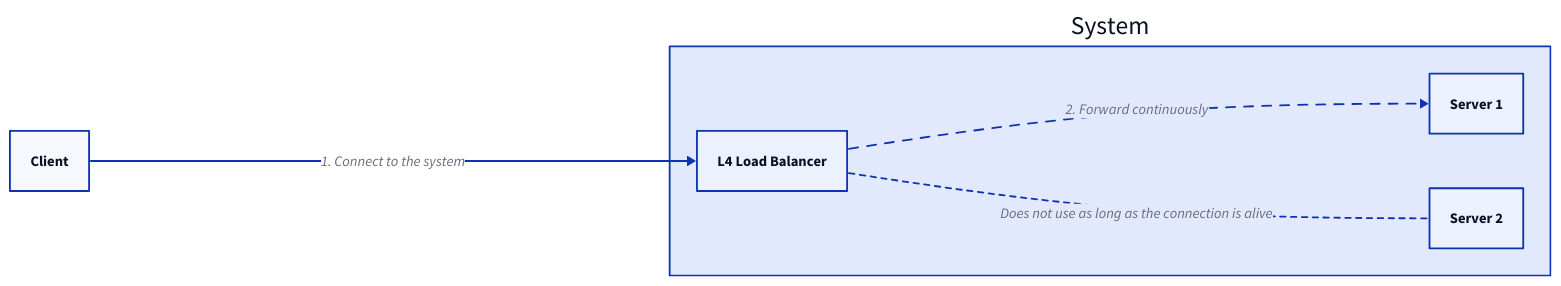
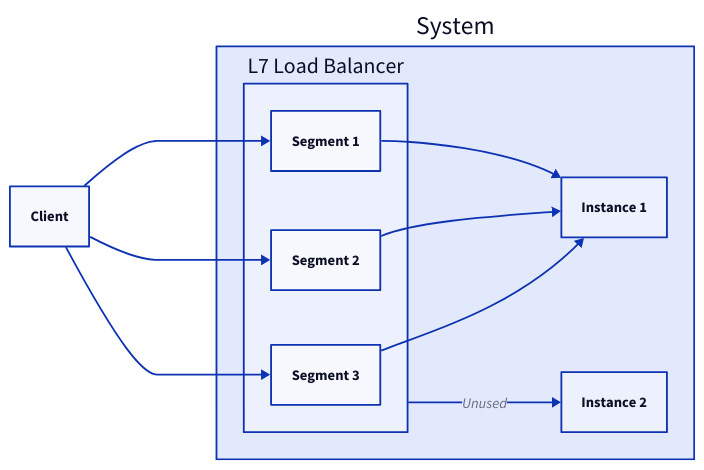
Diagram 20 of 20 in content/docs/web-service/load-balancer.md (link1905/system-design-101), drawn with D2 before and after one commit. The commit also changed other lines of this file and 14 other files, not shown here.

````diff
--- a/content/docs/web-service/load-balancer.md
+++ b/content/docs/web-service/load-balancer.md
@@ -679,25 +753,28 @@
 ```d2
-
 direction: right
 s: System {
-    lb: L4 Load Balancer {
-        class: lb
+    lb: L7 Load Balancer {
+      s1: Segment 1
+      s2: Segment 2
+      s3: Segment 3
     }
-    s1: Server 1 {
-        class: server
+    s1: Instance 1 {
+       class: server
     }
-    s2: Server 2 {
-        class: server
+    s2: Instance 2 {
+       class: server
     }
-    lb -> s1: 2. Forward continuously {
-      style.animated: true 
-    }
-    lb -- s2: Does not use as long as the connection is alive {
-        style.stroke-dash: 3
+    lb.s1 -> s1
+    lb.s2 -> s1
+    lb.s3 -> s1
+    lb -> s2: Unused {
+      class: error-conn
     }
 }
 c: Client {
   class: client
 }
-c -> s.lb: 1. Connect to the system
+c -> s.lb.s1
+c -> s.lb.s2
+c -> s.lb.s3
 ```
````
